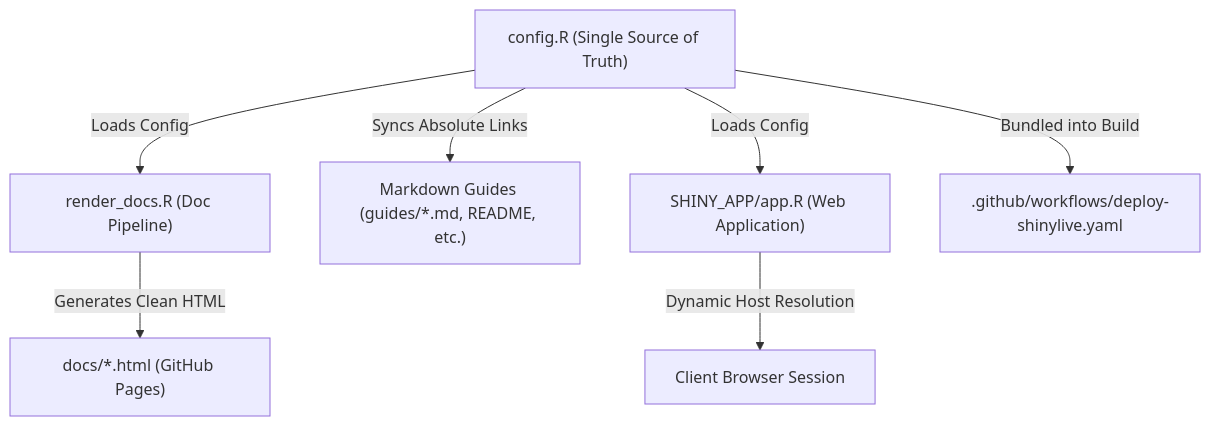
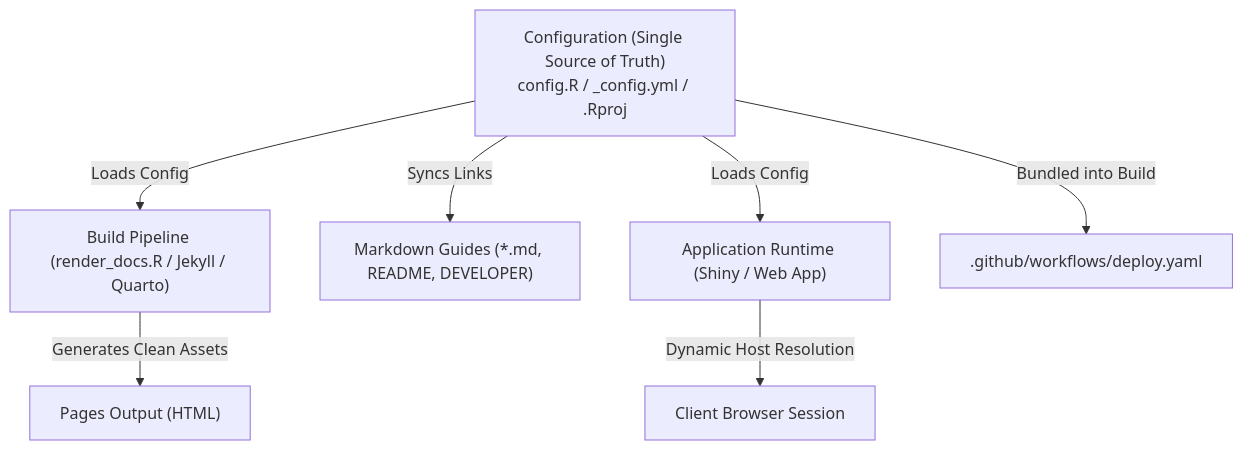
Before and after one commit to byandell/DocumentTools: the diagram in prompts/move_repo.md, drawn with Mermaid. The commit also changed other lines of this file and 36 other files, not shown here.

````diff
--- a/prompts/move_repo.md
+++ b/prompts/move_repo.md
@@ -35,9 +40,9 @@
 ```mermaid
 flowchart TD
-    CFG["config.R (Single Source of Truth)"] -->|Loads Config| RD["render_docs.R (Doc Pipeline)"]
-    CFG -->|Syncs Absolute Links| MD["Markdown Guides (guides/*.md, README, etc.)"]
-    CFG -->|Loads Config| APP["SHINY_APP/app.R (Web Application)"]
-    CFG -->|Bundled into Build| GHA[".github/workflows/deploy-shinylive.yaml"]
-    RD -->|Generates Clean HTML| DOCS["docs/*.html (GitHub Pages)"]
+    CFG["Configuration (Single Source of Truth)<br/>config.R / _config.yml / .Rproj"] -->|Loads Config| RD["Build Pipeline (render_docs.R / Jekyll / Quarto)"]
+    CFG -->|Syncs Links| MD["Markdown Guides (*.md, README, DEVELOPER)"]
+    CFG -->|Loads Config| APP["Application Runtime (Shiny / Web App)"]
+    CFG -->|Bundled into Build| GHA[".github/workflows/deploy.yaml"]
+    RD -->|Generates Clean Assets| DOCS["Pages Output (HTML)"]
     APP -->|Dynamic Host Resolution| BROWSER["Client Browser Session"]
 ```
````
